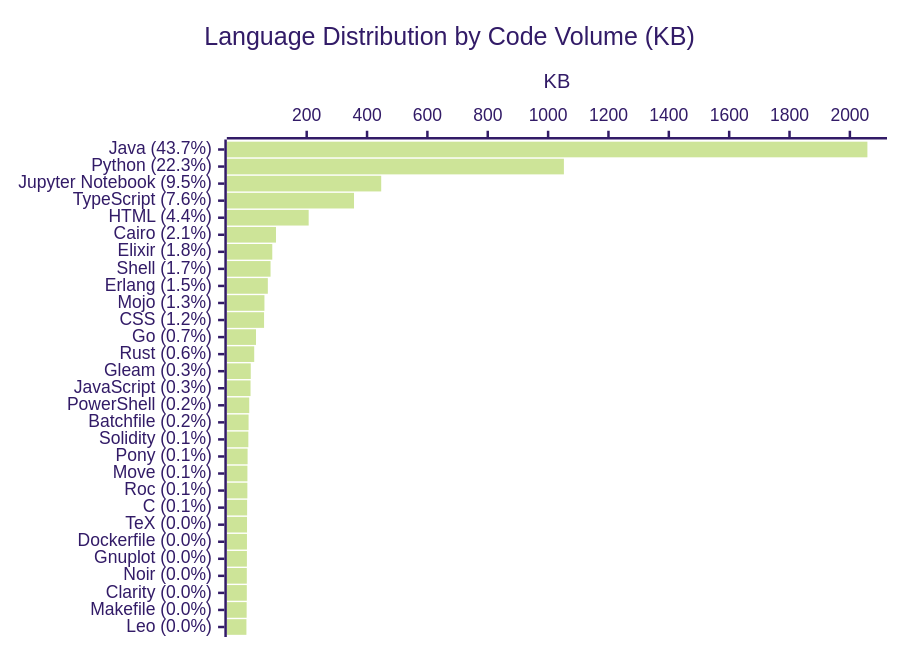
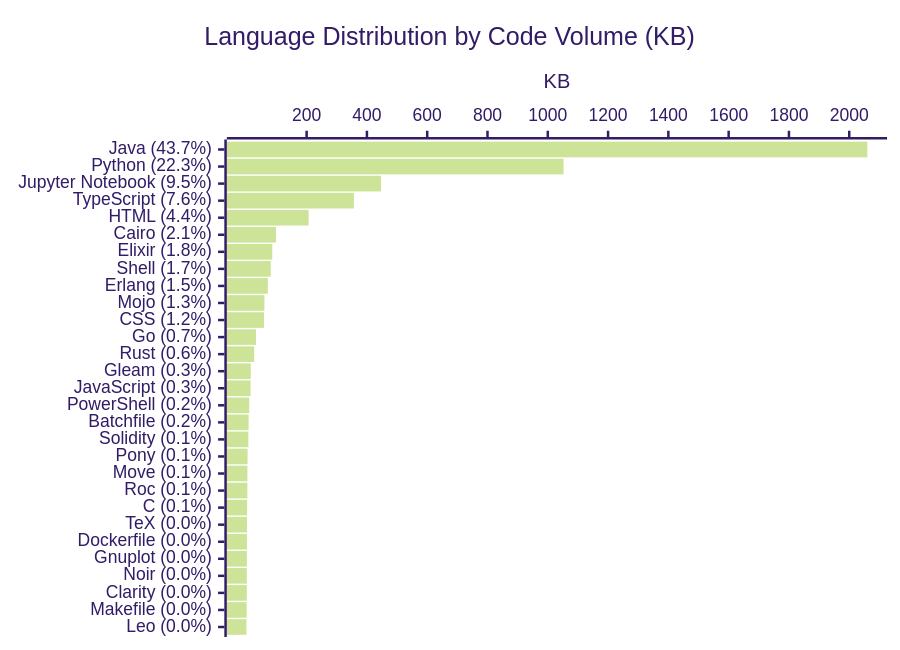
The diagram in profile/README.md (KathiraveluLab/.github), drawn with Mermaid (forest theme) before and after one commit. The commit also changed other lines of this file and 1 other file, not shown here.

````diff
--- a/profile/README.md
+++ b/profile/README.md
@@ -64,7 +64,7 @@
 ```mermaid
 xychart-beta horizontal
     title "Language Distribution by Code Volume (KB)"
     x-axis ["Java (43.7%)", "Python (22.3%)", "Jupyter Notebook (9.5%)", "TypeScript (7.6%)", "HTML (4.4%)", "Cairo (2.1%)", "Elixir (1.8%)", "Shell (1.7%)", "Erlang (1.5%)", "Mojo (1.3%)", "CSS (1.2%)", "Go (0.7%)", "Rust (0.6%)", "Gleam (0.3%)", "JavaScript (0.3%)", "PowerShell (0.2%)", "Batchfile (0.2%)", "Solidity (0.1%)", "Pony (0.1%)", "Move (0.1%)", "Roc (0.1%)", "C (0.1%)", "TeX (0.0%)", "Dockerfile (0.0%)", "Gnuplot (0.0%)", "Noir (0.0%)", "Clarity (0.0%)", "Makefile (0.0%)", "Leo (0.0%)"]
     y-axis "KB"
-    bar [2058.06, 1052.29, 446.9, 356.81, 206.55, 98.21, 85.96, 80.25, 71.2, 59.95, 58.73, 32.03, 26.08, 14.61, 13.89, 9.6, 7.42, 6.65, 4.14, 3.54, 3.37, 2.58, 2.29, 2.01, 1.82, 1.55, 1.53, 0.99, 0.27]
+    bar [2060.29, 1052.29, 446.9, 356.81, 206.55, 98.21, 85.96, 80.99, 71.37, 59.95, 58.73, 32.03, 26.08, 14.61, 13.89, 9.6, 7.42, 6.65, 4.14, 3.54, 3.37, 2.58, 2.29, 2.01, 1.82, 1.55, 1.53, 0.99, 0.27]
 ```
````
